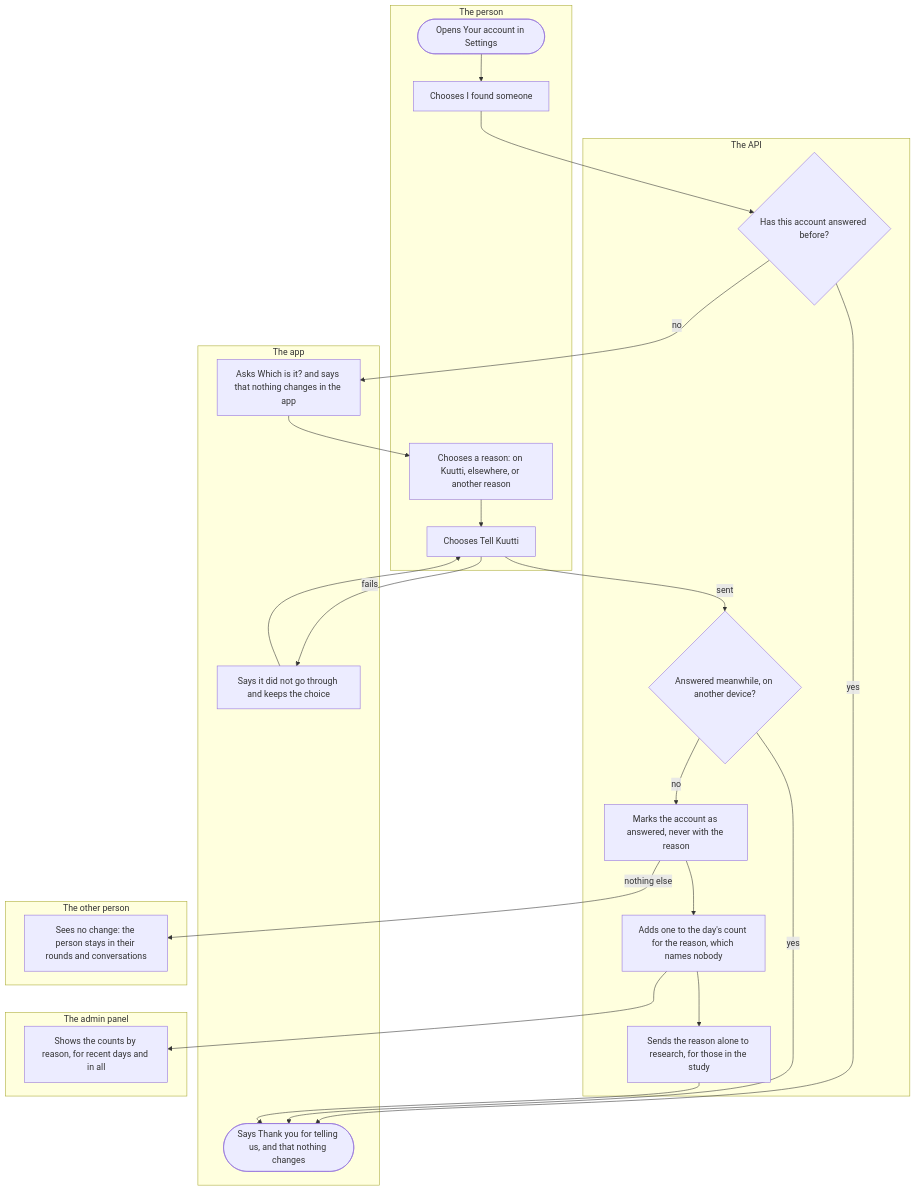
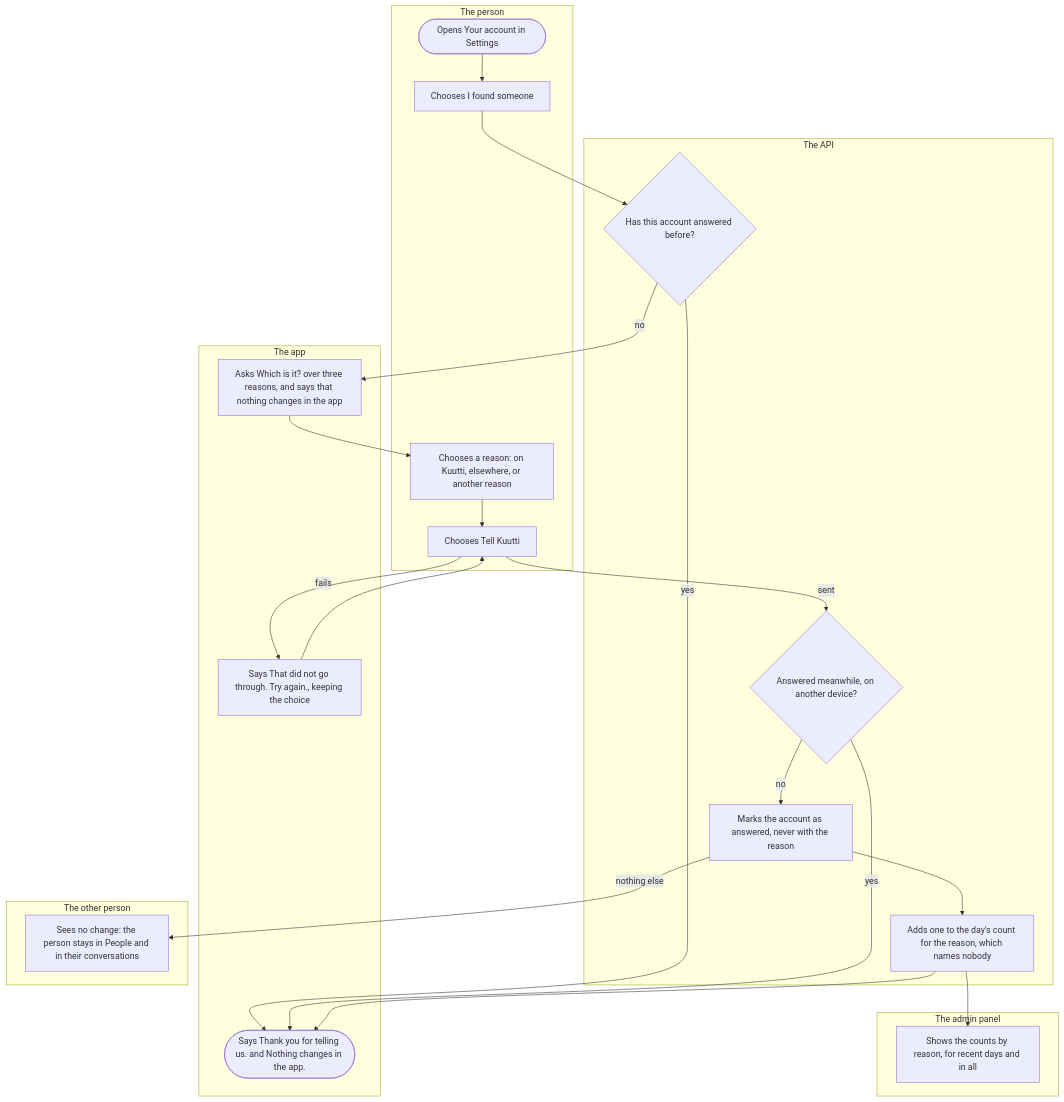
Before and after one commit to kuutti-ry/kuutti-app: the diagram in docs/flows/found-them.md, drawn with Mermaid. The commit also changed other lines of this file and 41 other files, not shown here.

First line of the commit message:
Redraw the user flows against today's main, held by check:docs

````diff
--- a/docs/flows/found-them.md
+++ b/docs/flows/found-them.md
@@ -7,45 +19,43 @@
 ```mermaid
 flowchart TB
   accTitle: Found them
-  accDescr: The person opens I found someone from Your account. If the account answered before, the app thanks them at once. Otherwise they choose one of three reasons and tell Kuutti. The API marks the account as answered, adds one to the day's anonymous count for that reason and, for those in the study, sends the reason to research. Nothing else changes, and the admin panel shows the counts.
+  accDescr: The person opens I found someone from Your account. If the account answered before, the app thanks them at once. Otherwise they choose one of three reasons and tell Kuutti. The API marks the account as answered and adds one to the day's anonymous count for that reason. Nothing else changes, and the admin panel shows the counts.
   subgraph person["The person"]
     s1(["Opens Your account in Settings"])
     s2["Chooses I found someone"]
     s6["Chooses a reason: on Kuutti, elsewhere, or another reason"]
     s7["Chooses Tell Kuutti"]
   end
   subgraph app["The app"]
-    s4(["Says Thank you for telling us, and that nothing changes"])
-    s5["Asks Which is it? and says that nothing changes in the app"]
-    s12["Says it did not go through and keeps the choice"]
+    s4(["Says Thank you for telling us. and Nothing changes in the app."])
+    s5["Asks Which is it? over three reasons, and says that nothing changes in the app"]
+    s11["Says That did not go through. Try again., keeping the choice"]
   end
   subgraph api["The API"]
     s3{"Has this account answered before?"}
     s8{"Answered meanwhile, on another device?"}
     s9["Marks the account as answered, never with the reason"]
     s10["Adds one to the day's count for the reason, which names nobody"]
-    s11["Sends the reason alone to research, for those in the study"]
   end
   subgraph other["The other person"]
-    s13["Sees no change: the person stays in their rounds and conversations"]
+    s12["Sees no change: the person stays in People and in their conversations"]
   end
   subgraph admin["The admin panel"]
-    s14["Shows the counts by reason, for recent days and in all"]
+    s13["Shows the counts by reason, for recent days and in all"]
   end
   s1 --> s2
   s2 --> s3
   s3 -->|"yes"| s4
   s3 -->|"no"| s5
   s5 --> s6
   s6 --> s7
   s7 -->|"sent"| s8
-  s7 -->|"fails"| s12
-  s12 --> s7
+  s7 -->|"fails"| s11
+  s11 --> s7
   s8 -->|"yes"| s4
   s8 -->|"no"| s9
   s9 --> s10
-  s10 --> s11
-  s11 --> s4
-  s9 -->|"nothing else"| s13
-  s10 --> s14
+  s10 --> s4
+  s9 -->|"nothing else"| s12
+  s10 --> s13
 ```
````
